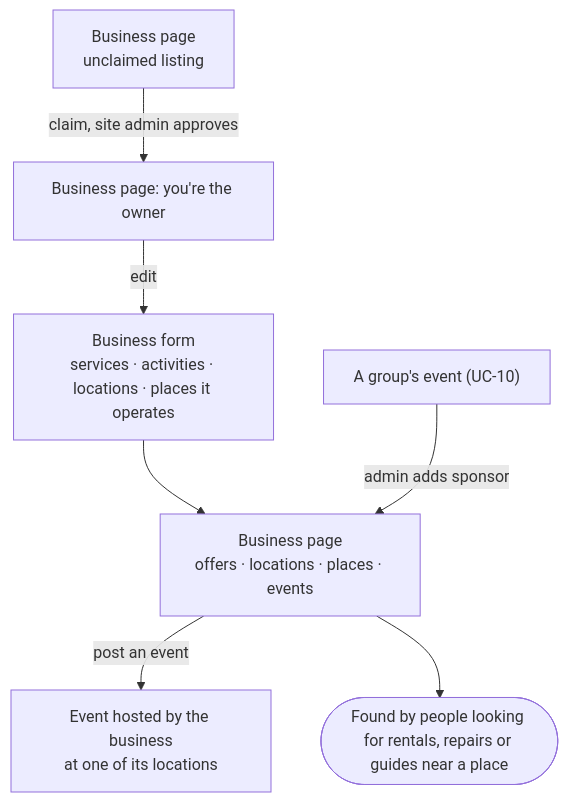
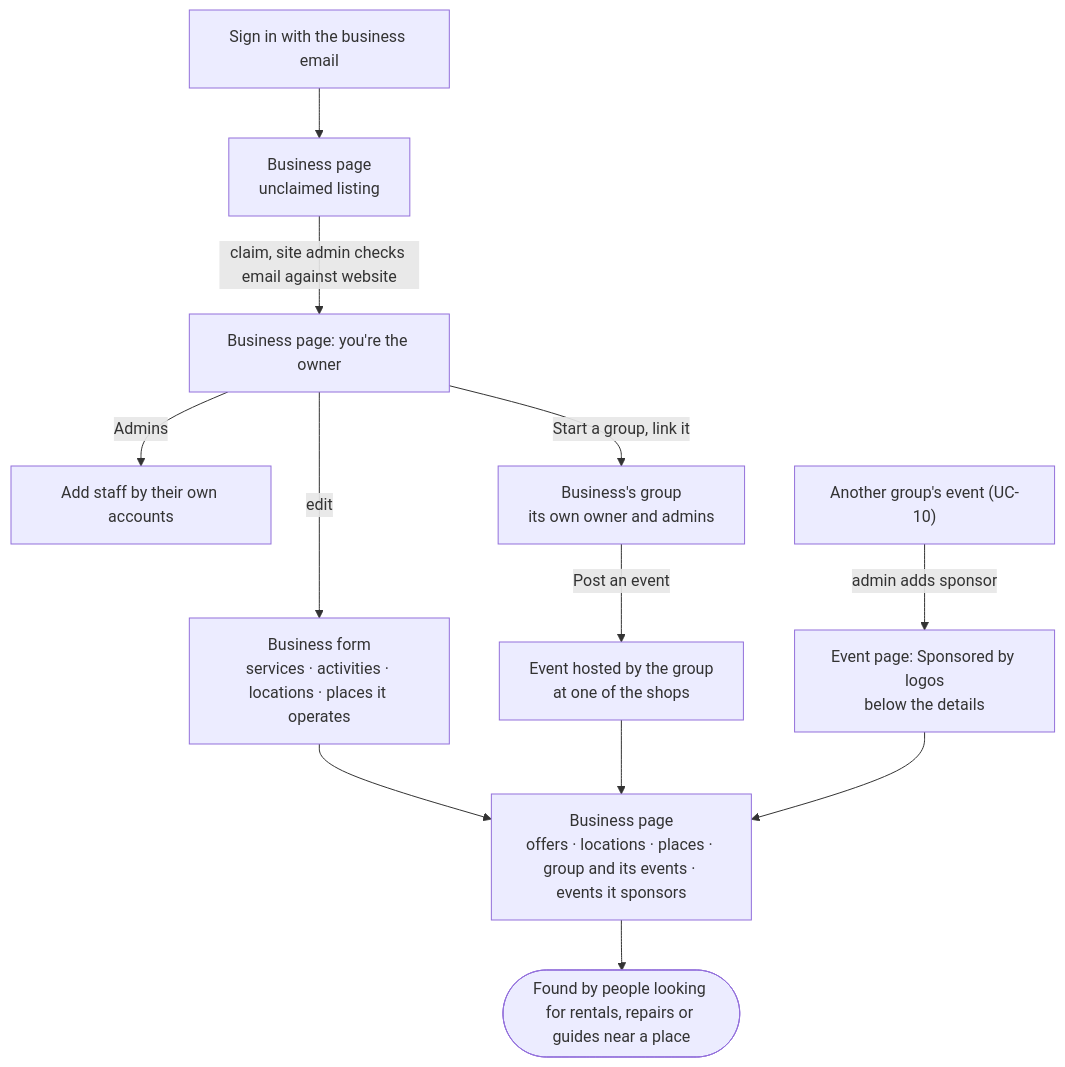
Diagram 12 of 24 in docs/user-flows.md (sarahrittertech-commits/outdoorscommunityapp), drawn with Mermaid before and after one commit. The commit also changed other lines of this file and 8 other files, not shown here.

````diff
--- a/docs/user-flows.md
+++ b/docs/user-flows.md
@@ -171,9 +171,14 @@
 ```mermaid
 flowchart TD
-  listed["Business page<br/>unclaimed listing"] -->|claim, site admin approves| owner["Business page: you're the owner"]
+  signin["Sign in with the business email"] --> listed["Business page<br/>unclaimed listing"]
+  listed -->|claim, site admin checks email against website| owner["Business page: you're the owner"]
   owner -->|edit| form["Business form<br/>services · activities · locations · places it operates"]
-  form --> page["Business page<br/>offers · locations · places · events"]
-  page -->|post an event| event["Event hosted by the business<br/>at one of its locations"]
-  sponsor["A group's event (UC-10)"] -->|admin adds sponsor| page
+  owner -->|Admins| admins["Add staff by their own accounts"]
+  owner -->|Start a group, link it| group["Business's group<br/>its own owner and admins"]
+  group -->|Post an event| event["Event hosted by the group<br/>at one of the shops"]
+  form --> page["Business page<br/>offers · locations · places · group and its events · events it sponsors"]
+  event --> page
+  sponsor["Another group's event (UC-10)"] -->|admin adds sponsor| sponsored["Event page: Sponsored by logos<br/>below the details"]
+  sponsored --> page
   page --> done(["Found by people looking for rentals, repairs or guides near a place"])
 ```
````
